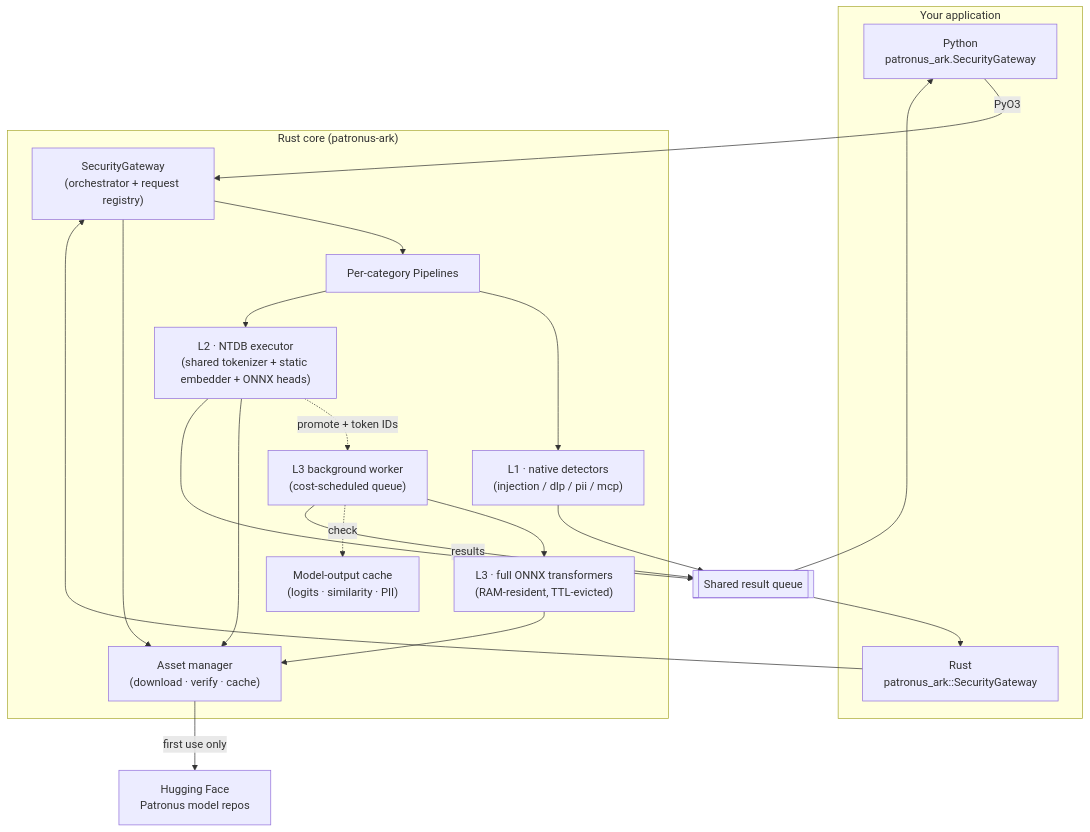
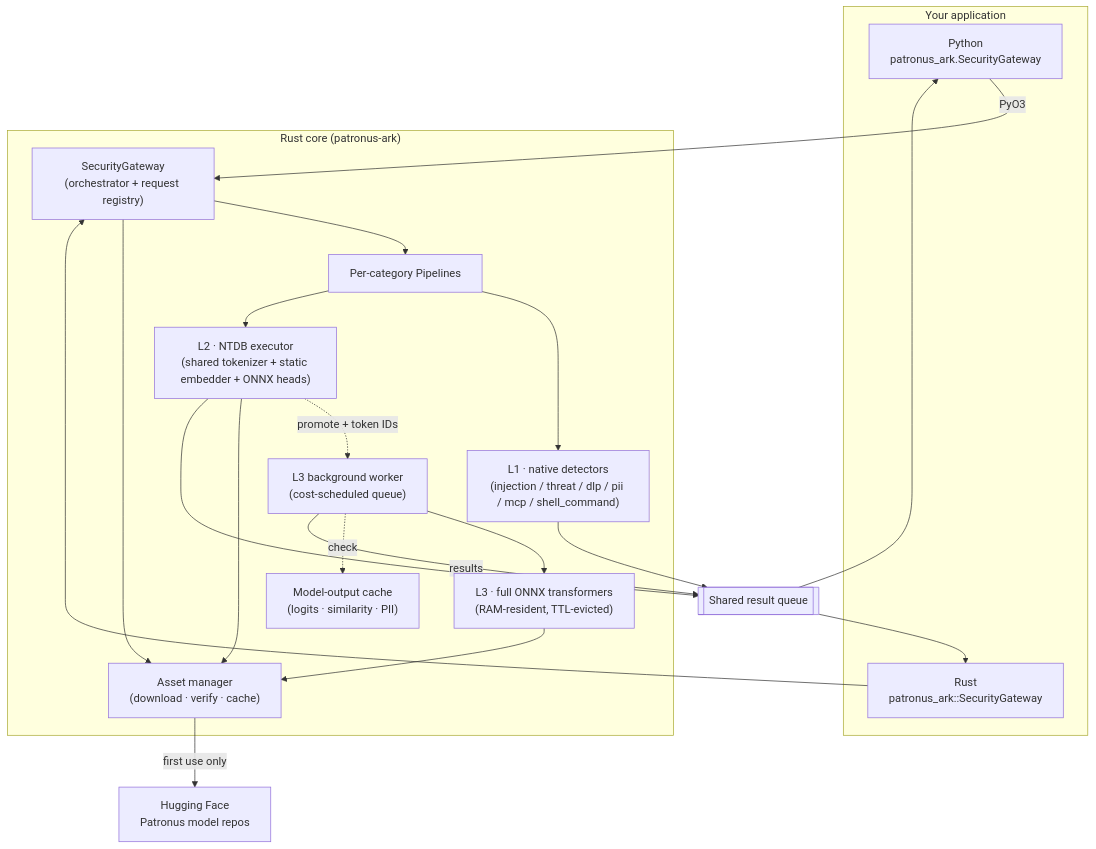
The first of 2 diagrams in docs/concepts/architecture.md (patronus-protect/patronus-security), drawn with Mermaid before and after one commit. The commit also changed 223 other files, not shown here.

````diff
--- a/docs/concepts/architecture.md
+++ b/docs/concepts/architecture.md
@@ -13,30 +13,30 @@
 ```mermaid
 flowchart TB
     subgraph client["Your application"]
         Py["Python<br/>patronus_ark.SecurityGateway"]
         Rs["Rust<br/>patronus_ark::SecurityGateway"]
     end
 
     Py -->|PyO3| GW
     Rs --> GW
 
     subgraph core["Rust core (patronus-ark)"]
         GW["SecurityGateway<br/>(orchestrator + request registry)"]
         GW --> PIPE["Per-category Pipelines"]
-        PIPE --> L1["L1 · native detectors<br/>(injection / dlp / pii / mcp)"]
+        PIPE --> L1["L1 · native detectors<br/>(injection / threat / dlp / pii / mcp / shell_command)"]
         PIPE --> L2["L2 · NTDB executor<br/>(shared tokenizer + static embedder + ONNX heads)"]
         L2 -.promote + token IDs.-> WORKER["L3 background worker<br/>(cost-scheduled queue)"]
         WORKER --> L3["L3 · full ONNX transformers<br/>(RAM-resident, TTL-evicted)"]
         WORKER -.check.-> CACHE["Model-output cache<br/>(logits · similarity · PII)"]
         GW --> ASSETS["Asset manager<br/>(download · verify · cache)"]
         L2 --> ASSETS
         L3 --> ASSETS
     end
 
     ASSETS -->|first use only| HF["Hugging Face<br/>Patronus model repos"]
     WORKER -->|results| QUEUE[["Shared result queue"]]
     L1 --> QUEUE
     L2 --> QUEUE
     QUEUE --> Py
     QUEUE --> Rs
 ```
````
